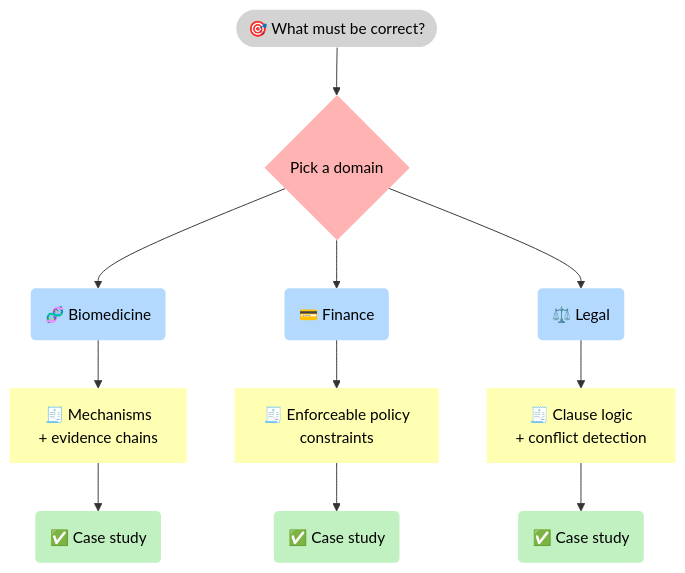
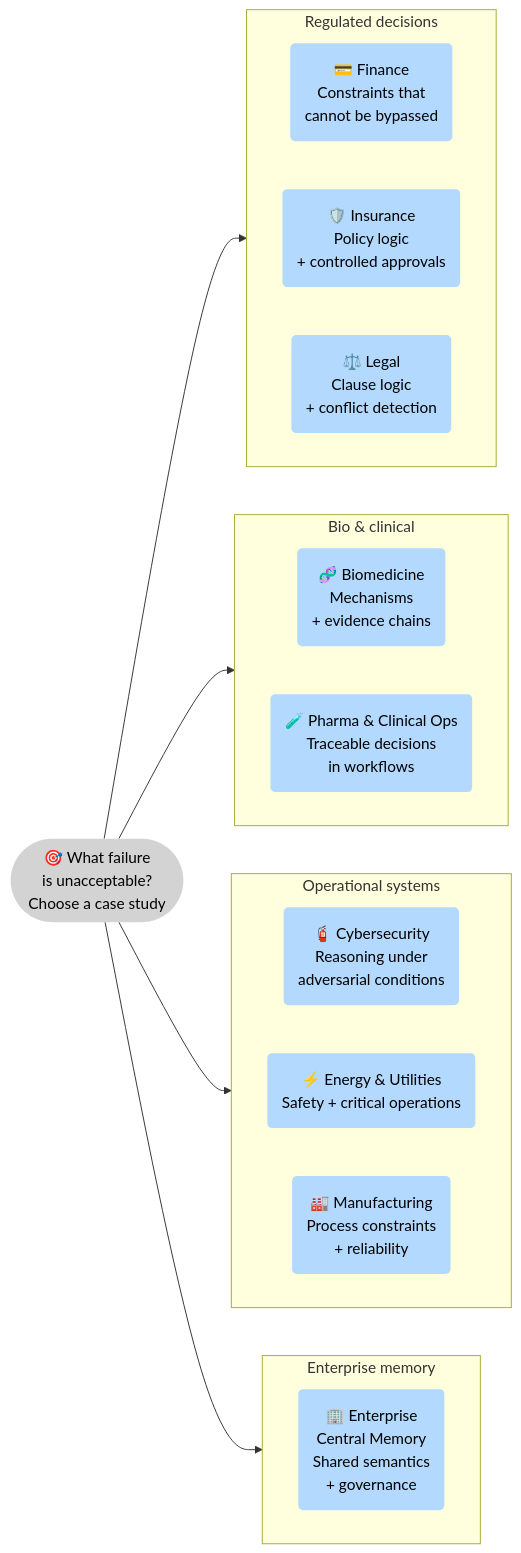
Before and after one commit to 5Reasons/5reasons.github.io: the fourth of 5 diagrams in docs/index.md, drawn with Mermaid. The commit also changed other lines of this file and 1 other file, not shown here.

Commit message:
Reorganize Reasoners page layout: Move image to the end of the section for improved structure

````diff
--- a/docs/index.md
+++ b/docs/index.md
@@ -284,38 +286,52 @@
 ```mermaid
-flowchart TB
+flowchart LR
 %% Styles (brModel Standard)
 classDef i fill:#D3D3D3,stroke-width:0px,color:#000;
 classDef p fill:#B3D9FF,stroke-width:0px,color:#000;
 classDef r fill:#FFFFB3,stroke-width:0px,color:#000;
 classDef o fill:#C1F0C1,stroke-width:0px,color:#000;
 classDef s fill:#FFB3B3,stroke-width:0px,color:#000;
 
-I_Decision(["🎯 What must be correct?"]):::i
-P_Domain{"Pick a domain"}:::s
+P_Route(["🎯 What failure <br>is unacceptable?<br>Choose a case study"]):::i
 
-P_Bio("🧬 Biomedicine"):::p
-R_Bio["🧾 Mechanisms <br>+ evidence chains"]:::r
-O_Bio("✅ Case study"):::o
+subgraph G_Reg["Regulated decisions"]
+direction LR
+P_Fin("💳 Finance<br>Constraints that<br> cannot be bypassed"):::p
+P_Ins("🛡️ Insurance<br>Policy logic <br>+ controlled approvals"):::p
+P_Legal("⚖️ Legal<br>Clause logic <br>+ conflict detection"):::p
+end
 
-P_Fin("💳 Finance"):::p
-R_Fin["🧾 Enforceable policy <br>constraints"]:::r
-O_Fin("✅ Case study"):::o
+subgraph G_Bio["Bio & clinical"]
+direction LR
+P_Bio("🧬 Biomedicine<br>Mechanisms <br>+ evidence chains"):::p
+P_Pharma("🧪 Pharma & Clinical Ops<br>Traceable decisions <br>in workflows"):::p
+end
 
-P_Legal("⚖️ Legal"):::p
-R_Legal["🧾 Clause logic <br>+ conflict detection"]:::r
-O_Legal("✅ Case study"):::o
+subgraph G_Ops["Operational systems"]
+direction LR
+P_Cyber("🧯 Cybersecurity<br>Reasoning under <br>adversarial conditions"):::p
+P_Energy("⚡ Energy & Utilities<br>Safety + critical operations"):::p
+P_Manu("🏭 Manufacturing<br>Process constraints <br>+ reliability"):::p
+end
 
-I_Decision --> P_Domain
-P_Domain --> P_Bio --> R_Bio --> O_Bio
-P_Domain --> P_Fin --> R_Fin --> O_Fin
-P_Domain --> P_Legal --> R_Legal --> O_Legal
+subgraph G_Org["Enterprise memory"]
+direction LR
+P_ECM("🏢 Enterprise <br>Central Memory<br>Shared semantics <br>+ governance"):::p
+end
 
+P_Route --> G_Reg
+P_Route --> G_Bio
+P_Route --> G_Ops
+P_Route --> G_Org
+click P_Route "/case-studies/" "Case studies"
 
-
+click P_ECM "/case-studies/enterprise-central-memory/" "Enterprise Central Memory"
+click P_Fin "/case-studies/finance/" "Finance"
+click P_Ins "/case-studies/insurance/" "Insurance"
+click P_Legal "/case-studies/legal/" "Legal"
 click P_Bio "/case-studies/biomedicine/" "Biomedicine"
-click O_Bio "/case-studies/biomedicine/" "Biomedicine"
-click P_Fin "/case-studies/finance/" "Finance"
-click O_Fin "/case-studies/finance/" "Finance"
-click P_Legal "/case-studies/legal/" "Legal"
-click O_Legal "/case-studies/legal/" "Legal"
+click P_Pharma "/case-studies/pharma-clinical-ops/" "Pharma & Clinical Ops"
+click P_Cyber "/case-studies/cybersecurity/" "Cybersecurity"
+click P_Energy "/case-studies/energy-utilities/" "Energy & Utilities"
+click P_Manu "/case-studies/manufacturing/" "Manufacturing"
 ```
````
